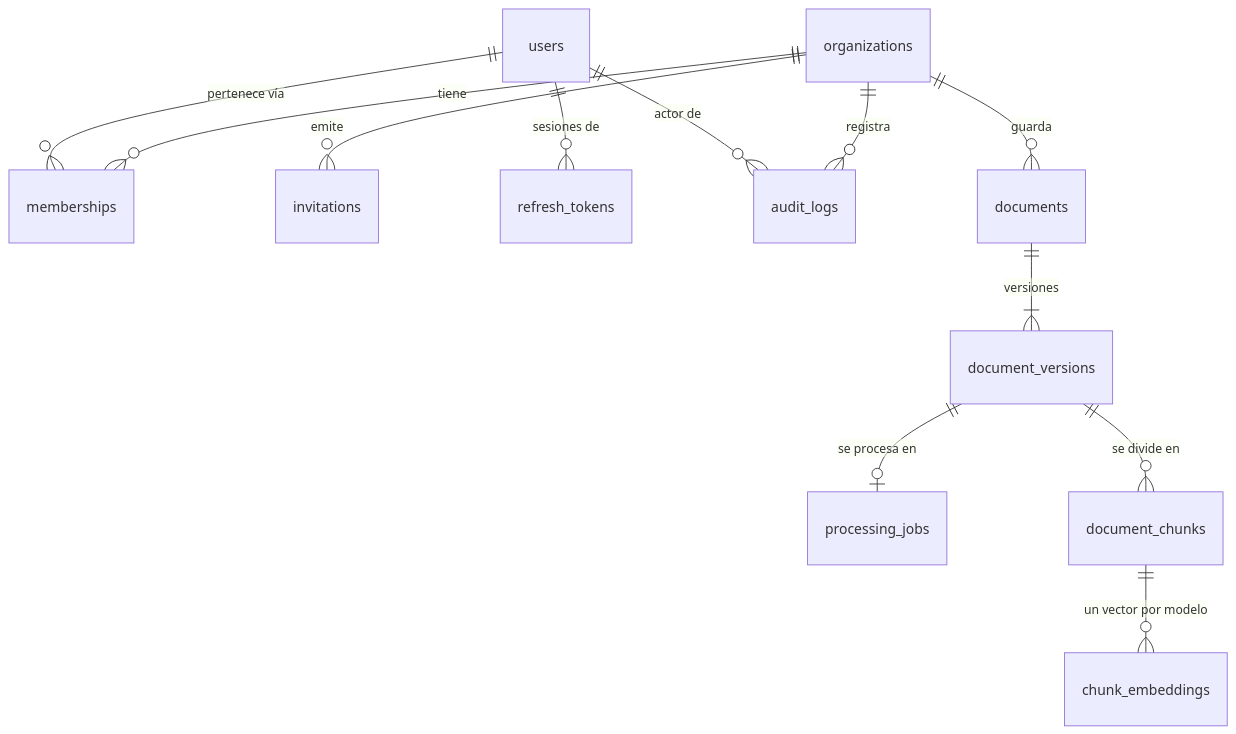
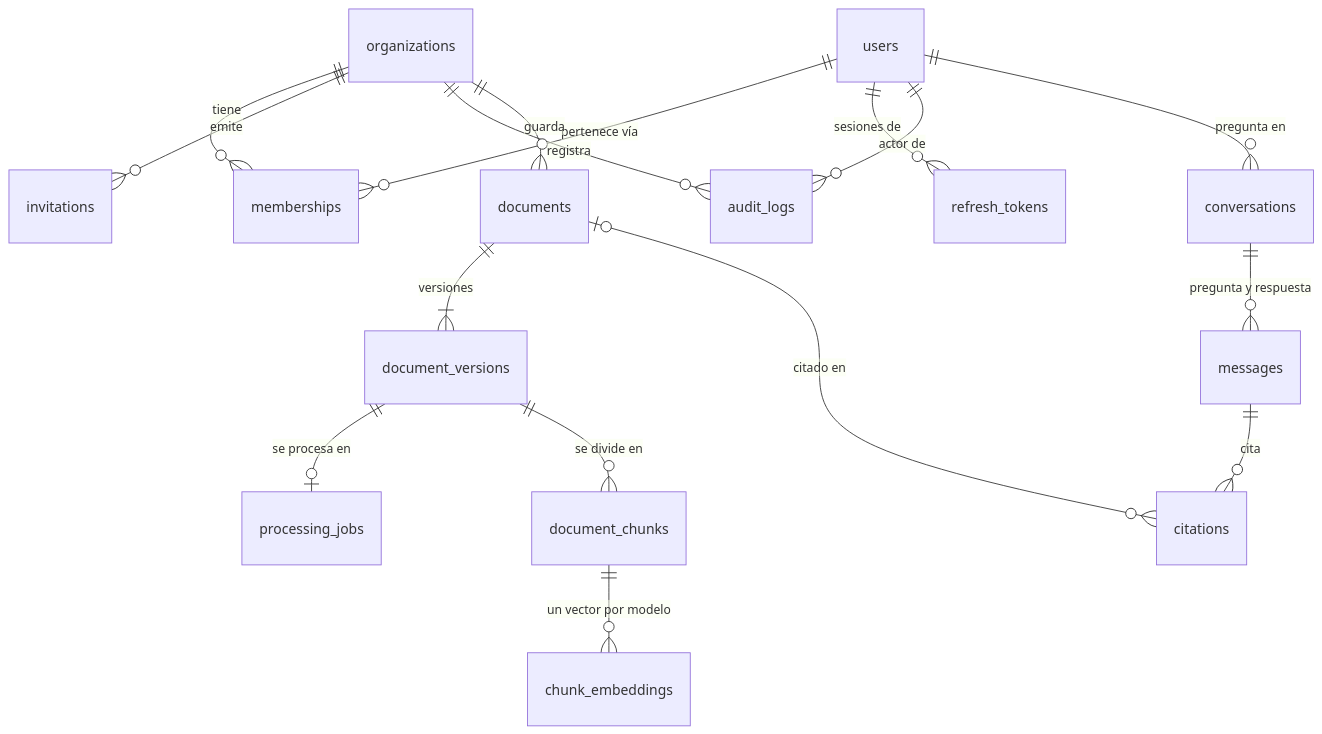
The sixth of 10 diagrams in docs/arquitectura-del-codigo.md (oeRusso/documind-ai), drawn with Mermaid before and after one commit. The commit also changed other lines of this file and 6 other files, not shown here.

````diff
--- a/docs/arquitectura-del-codigo.md
+++ b/docs/arquitectura-del-codigo.md
@@ -428,14 +445,18 @@
 ```mermaid
 erDiagram
     organizations ||--o{ memberships : tiene
     users ||--o{ memberships : "pertenece vía"
     organizations ||--o{ invitations : emite
     users ||--o{ refresh_tokens : "sesiones de"
     organizations ||--o{ audit_logs : registra
     organizations ||--o{ documents : guarda
     documents ||--|{ document_versions : "versiones"
     document_versions ||--o| processing_jobs : "se procesa en"
     document_versions ||--o{ document_chunks : "se divide en"
     document_chunks ||--o{ chunk_embeddings : "un vector por modelo"
     users ||--o{ audit_logs : "actor de"
+    users ||--o{ conversations : "pregunta en"
+    conversations ||--o{ messages : "pregunta y respuesta"
+    messages ||--o{ citations : "cita"
+    documents |o--o{ citations : "citado en"
 ```
````
